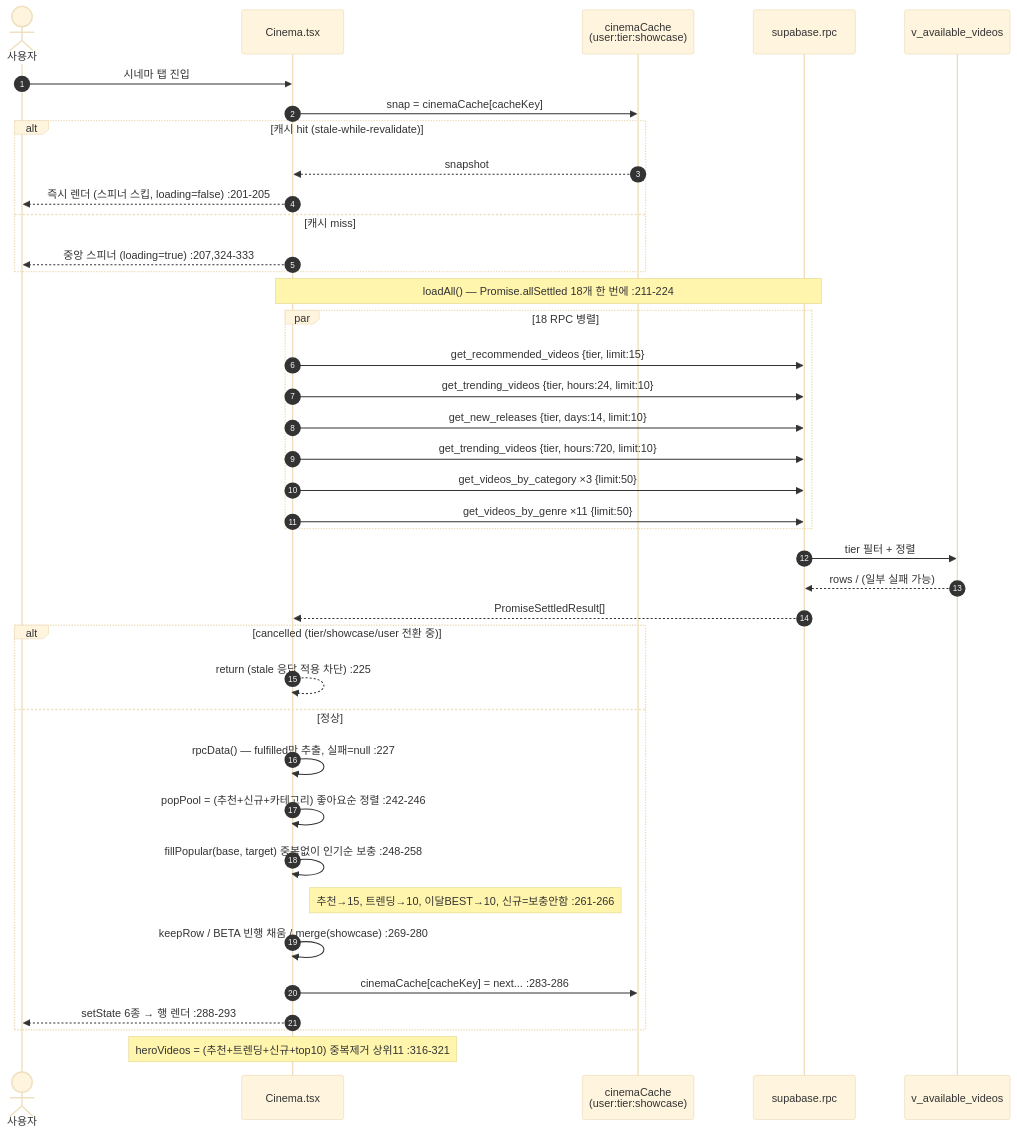
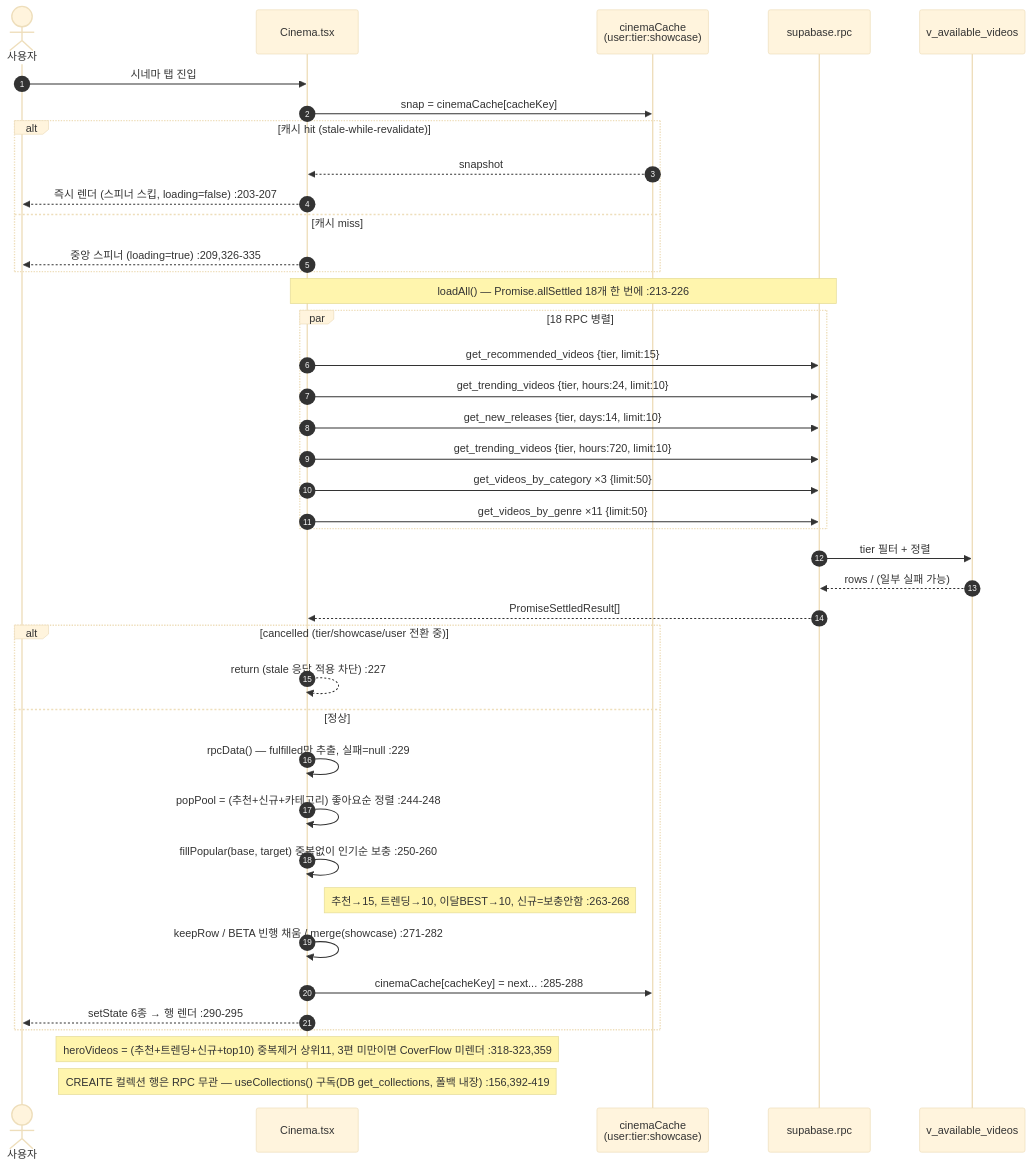
The first of 4 diagrams in docs/prd/03-cinema-ott.md (crebiz-commits/ai-v-market), drawn with Mermaid (base theme) before and after one commit. The commit also changed other lines of this file and 10 other files, not shown here.

````diff
--- a/docs/prd/03-cinema-ott.md
+++ b/docs/prd/03-cinema-ott.md
@@ -418,45 +455,46 @@
 ```mermaid
 sequenceDiagram
     autonumber
     actor U as 사용자
     participant C as Cinema.tsx
     participant Cache as cinemaCache<br/>(user:tier:showcase)
     participant SB as supabase.rpc
     participant DB as v_available_videos
 
     U->>C: 시네마 탭 진입
     C->>Cache: snap = cinemaCache[cacheKey]
     alt 캐시 hit (stale-while-revalidate)
         Cache-->>C: snapshot
-        C-->>U: 즉시 렌더 (스피너 스킵, loading=false) :201-205
+        C-->>U: 즉시 렌더 (스피너 스킵, loading=false) :203-207
     else 캐시 miss
-        C-->>U: 중앙 스피너 (loading=true) :207,324-333
+        C-->>U: 중앙 스피너 (loading=true) :209,326-335
     end
 
-    Note over C,SB: loadAll() — Promise.allSettled 18개 한 번에 :211-224
+    Note over C,SB: loadAll() — Promise.allSettled 18개 한 번에 :213-226
     par 18 RPC 병렬
         C->>SB: get_recommended_videos {tier, limit:15}
         C->>SB: get_trending_videos {tier, hours:24, limit:10}
         C->>SB: get_new_releases {tier, days:14, limit:10}
         C->>SB: get_trending_videos {tier, hours:720, limit:10}
         C->>SB: get_videos_by_category ×3 {limit:50}
         C->>SB: get_videos_by_genre ×11 {limit:50}
     end
     SB->>DB: tier 필터 + 정렬
     DB-->>SB: rows / (일부 실패 가능)
     SB-->>C: PromiseSettledResult[]
 
     alt cancelled (tier/showcase/user 전환 중)
-        C-->>C: return (stale 응답 적용 차단) :225
+        C-->>C: return (stale 응답 적용 차단) :227
     else 정상
-        C->>C: rpcData() — fulfilled만 추출, 실패=null :227
-        C->>C: popPool = (추천+신규+카테고리) 좋아요순 정렬 :242-246
-        C->>C: fillPopular(base, target) 중복없이 인기순 보충 :248-258
-        Note right of C: 추천→15, 트렌딩→10, 이달BEST→10, 신규=보충안함 :261-266
-        C->>C: keepRow / BETA 빈행 채움 / merge(showcase) :269-280
-        C->>Cache: cinemaCache[cacheKey] = next... :283-286
-        C-->>U: setState 6종 → 행 렌더 :288-293
+        C->>C: rpcData() — fulfilled만 추출, 실패=null :229
+        C->>C: popPool = (추천+신규+카테고리) 좋아요순 정렬 :244-248
+        C->>C: fillPopular(base, target) 중복없이 인기순 보충 :250-260
+        Note right of C: 추천→15, 트렌딩→10, 이달BEST→10, 신규=보충안함 :263-268
+        C->>C: keepRow / BETA 빈행 채움 / merge(showcase) :271-282
+        C->>Cache: cinemaCache[cacheKey] = next... :285-288
+        C-->>U: setState 6종 → 행 렌더 :290-295
     end
 
-    Note over C: heroVideos = (추천+트렌딩+신규+top10) 중복제거 상위11 :316-321
+    Note over C: heroVideos = (추천+트렌딩+신규+top10) 중복제거 상위11, 3편 미만이면 CoverFlow 미렌더 :318-323,359
+    Note over C: CREAITE 컬렉션 행은 RPC 무관 — useCollections() 구독(DB get_collections, 폴백 내장) :156,392-419
 ```
````
